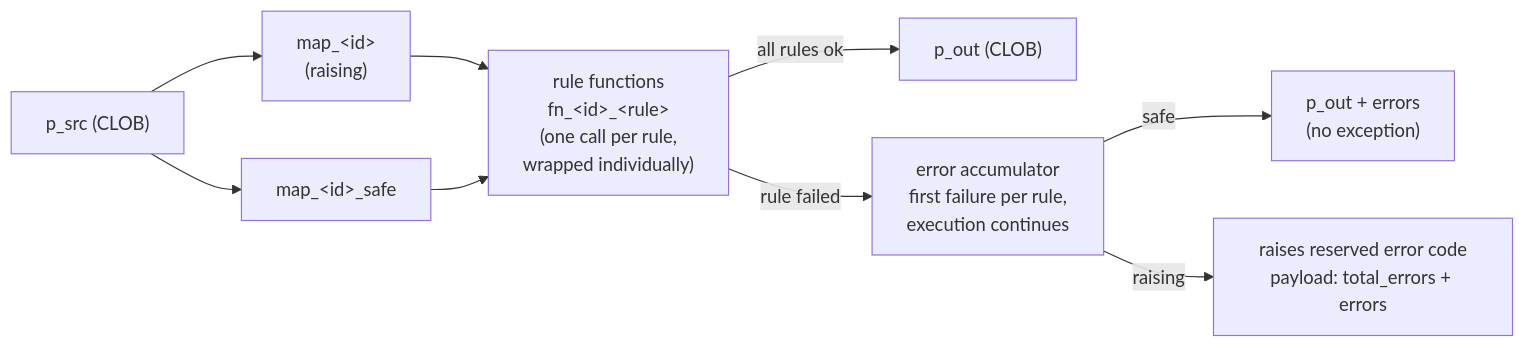
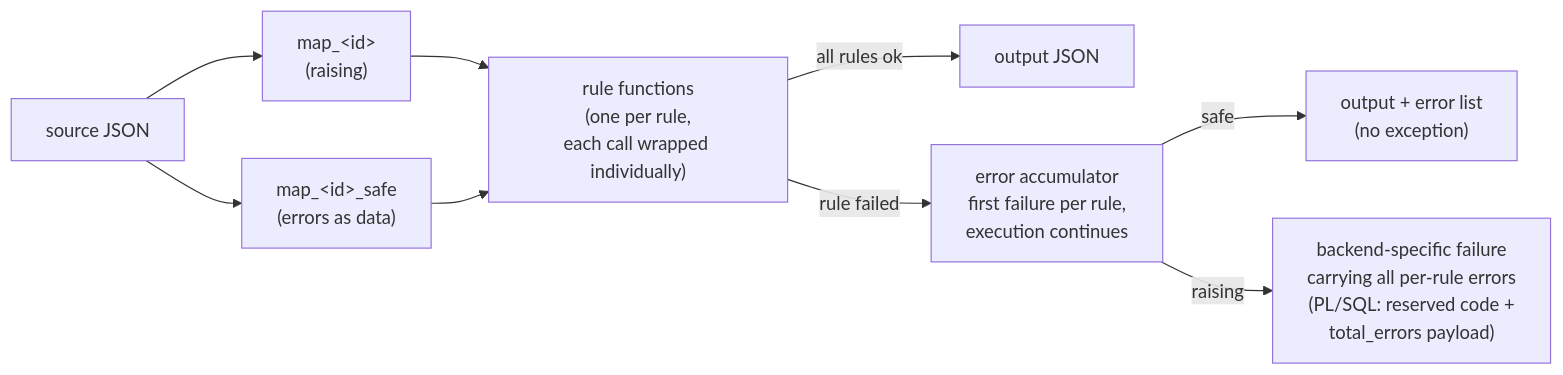
The fifth of 7 diagrams in docs/ARCHITECTURE.md (elegos/json2json-mapping-engine), drawn with Mermaid before and after one commit. The commit also changed other lines of this file and 1 other file, not shown here.

Commit message:
docs: make HLD diagrams target-agnostic; add Target backends section; backlog item for backend dispatch

````diff
--- a/docs/ARCHITECTURE.md
+++ b/docs/ARCHITECTURE.md
@@ -108,13 +155,13 @@
 ```mermaid
 flowchart LR
-    IN["p_src (CLOB)"] --> R["map_&lt;id&gt;<br/>(raising)"]
-    IN --> S["map_&lt;id&gt;_safe"]
+    IN["source JSON"] --> R["map_&lt;id&gt;<br/>(raising)"]
+    IN --> S["map_&lt;id&gt;_safe<br/>(errors as data)"]
 
-    R --> RF["rule functions<br/>fn_&lt;id&gt;_&lt;rule&gt;<br/>(one call per rule,<br/>wrapped individually)"]
+    R --> RF["rule functions<br/>(one per rule,<br/>each call wrapped individually)"]
     S --> RF
 
-    RF -->|"all rules ok"| OUT["p_out (CLOB)"]
+    RF -->|"all rules ok"| OUT["output JSON"]
     RF -->|"rule failed"| ACC["error accumulator<br/>first failure per rule,<br/>execution continues"]
-    ACC -->|"safe"| SOUT["p_out + errors<br/>(no exception)"]
-    ACC -->|"raising"| RAISE["raises reserved error code<br/>payload: total_errors + errors"]
+    ACC -->|"safe"| SOUT["output + error list<br/>(no exception)"]
+    ACC -->|"raising"| RAISE["backend-specific failure<br/>carrying all per-rule errors<br/>(PL/SQL: reserved code +<br/>total_errors payload)"]
 ```
````
